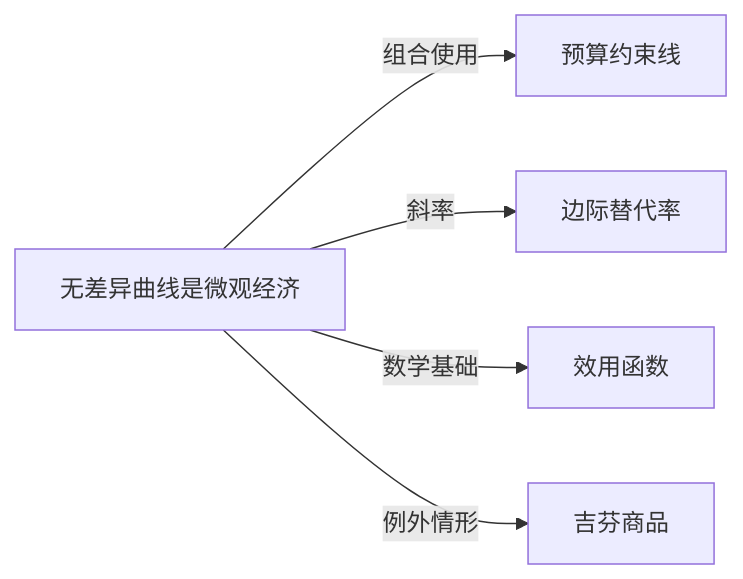
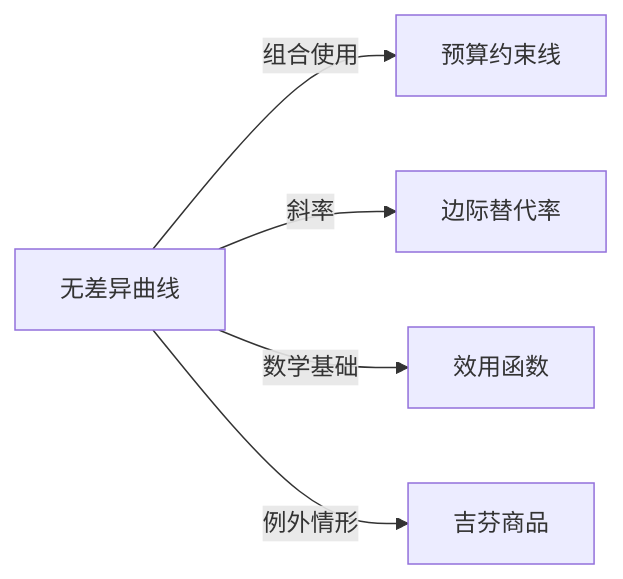
The diagram in Knowledge/Concepts/经济/无差异曲线.md (KIMMCHOW/MyKnowledge), drawn with Mermaid before and after one commit. The commit also changed 96 other files, not shown here.

Commit message:
fix: 修复概念页关系图节点并补齐缺失关联

````diff
--- a/Knowledge/Concepts/经济/无差异曲线.md
+++ b/Knowledge/Concepts/经济/无差异曲线.md
@@ -43,7 +43,7 @@
 ```mermaid
 graph LR
-    无差异曲线是微观经济 -->|组合使用| 预算约束线
-    无差异曲线是微观经济 -->|斜率| 边际替代率
-    无差异曲线是微观经济 -->|数学基础| 效用函数
-    无差异曲线是微观经济 -->|例外情形| 吉芬商品
+无差异曲线 -->|组合使用| 预算约束线
+无差异曲线 -->|斜率| 边际替代率
+无差异曲线 -->|数学基础| 效用函数
+无差异曲线 -->|例外情形| 吉芬商品
 ```
````
